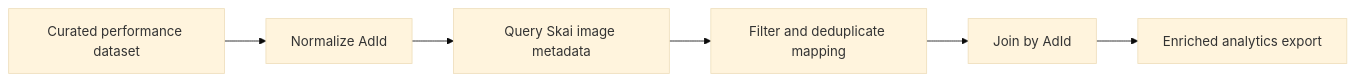
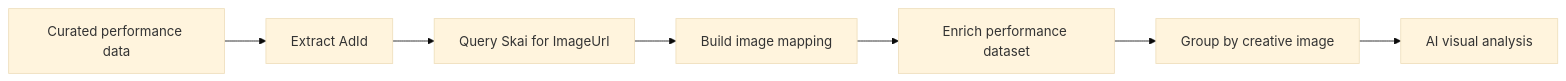
The diagram in README.md (anabelengarciac/skai), drawn with Mermaid (base theme) before and after one commit. The commit also changed other lines of this file and 3 other files, not shown here.

Commit message:
Rename as spirits creative image enrichment

````diff
--- a/README.md
+++ b/README.md
@@ -31,8 +28,9 @@
 ```mermaid
 flowchart LR
-    A["Curated performance dataset"] --> B["Normalize AdId"]
-    B --> C["Query Skai image metadata"]
-    C --> D["Filter and deduplicate mapping"]
-    D --> E["Join by AdId"]
-    E --> F["Enriched analytics export"]
+    A["Curated performance data"] --> B["Extract AdId"]
+    B --> C["Query Skai for ImageUrl"]
+    C --> D["Build image mapping"]
+    D --> E["Enrich performance dataset"]
+    E --> F["Group by creative image"]
+    F --> G["AI visual analysis"]
 ```
````
